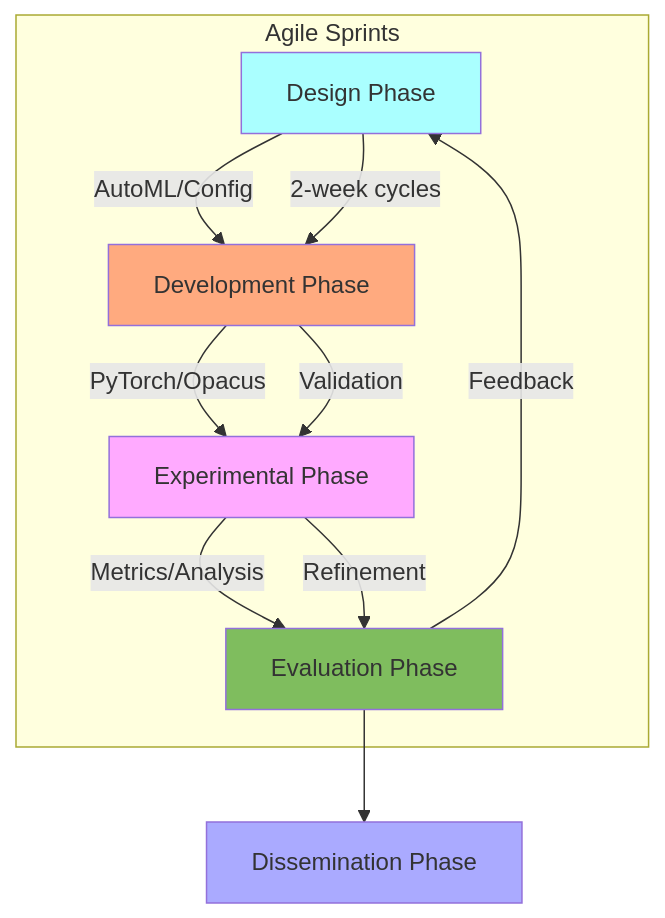
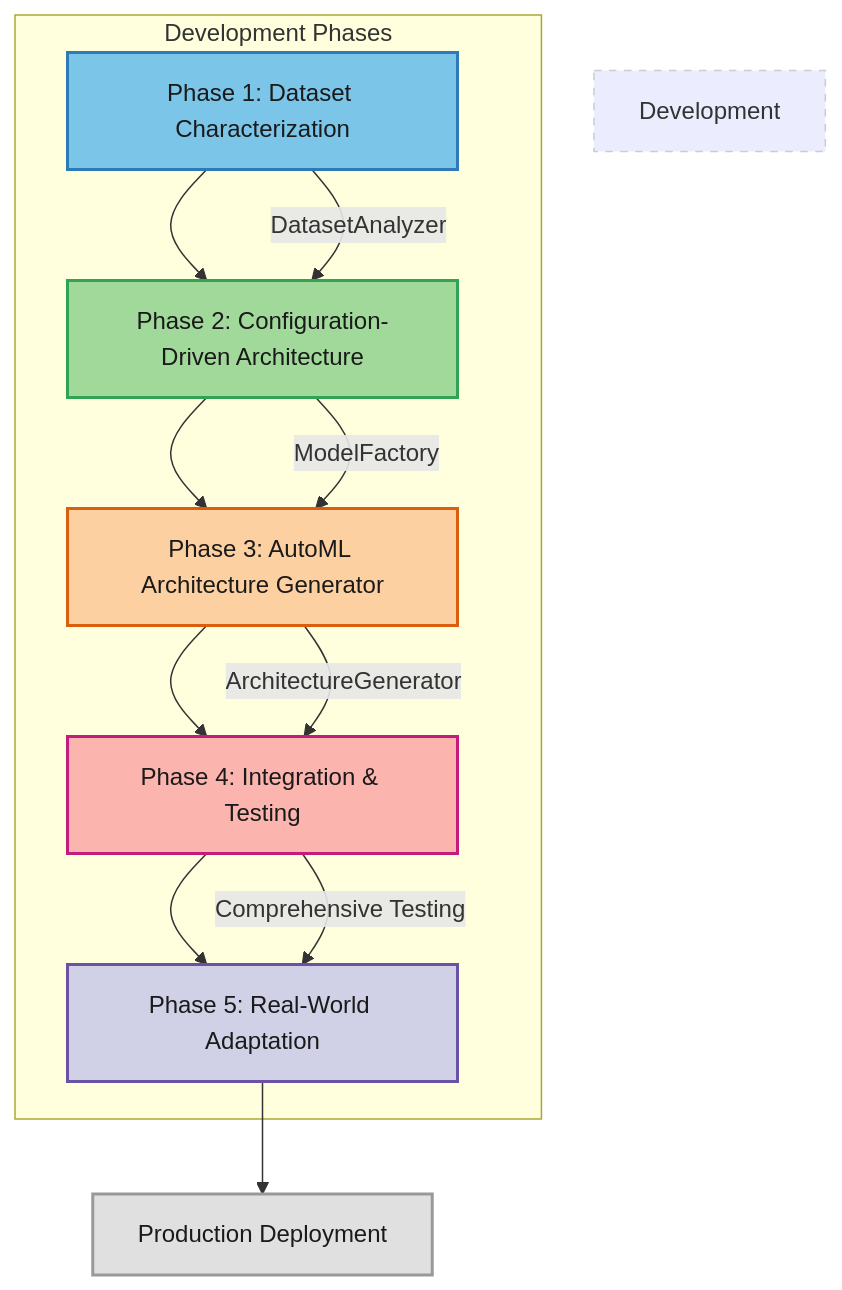
One commit to skye-cyber/ARCH-FL changed the diagram in docs/DevelopmentMethodology.md. Above: the diagram before and after it, drawn with Mermaid. The commit also changed other lines of this file and 2 other files, not shown here.

````diff
--- a/docs/DevelopmentMethodology.md
+++ b/docs/DevelopmentMethodology.md
@@ -5,20 +5,24 @@
 ```mermaid
 graph TD
-    A[Design Phase] -->|AutoML/Config| B[Development Phase]
-    B -->|PyTorch/Opacus| C[Experimental Phase]
-    C -->|Metrics/Analysis| D[Evaluation Phase]
-    D -->|Feedback| A
-    D --> E[Dissemination Phase]
-
-    subgraph Agile Sprints
-        A -->|2-week cycles| B
-        B -->|Validation| C
-        C -->|Refinement| D
+    subgraph Development Phases
+        A[Phase 1: Dataset Characterization] --> B[Phase 2: Configuration-Driven Architecture]
+        B --> C[Phase 3: AutoML Architecture Generator]
+        C --> D[Phase 4: Integration & Testing]
+        D --> E[Phase 5: Real-World Adaptation]
     end
 
-    style A fill:#aaffff
-    style B fill:#ffaa7f
-    style C fill:#ffaaff
-    style D fill:#7fbd5e
-    style E fill:#aaaaff
+    A -->|DatasetAnalyzer| B
+    B -->|ModelFactory| C
+    C -->|ArchitectureGenerator| D
+    D -->|Comprehensive Testing| E
+    E --> F[Production Deployment]
+
+    style A fill:#7BC5E8,stroke:#2C7BB6,stroke-width:2px,color:#1a1a1a
+    style B fill:#A1D99B,stroke:#31A354,stroke-width:2px,color:#1a1a1a
+    style C fill:#FDD0A2,stroke:#D95F0E,stroke-width:2px,color:#1a1a1a
+    style D fill:#FBB4AE,stroke:#C51B7D,stroke-width:2px,color:#1a1a1a
+    style E fill:#D0D1E6,stroke:#6A51A3,stroke-width:2px,color:#1a1a1a
+    style F fill:#E0E0E0,stroke:#999999,stroke-width:2px,color:#1a1a1a
+
+    style Development Phases fill:#F7F7F7,stroke:#CCCCCC,stroke-dasharray: 5 5
 ```
````
